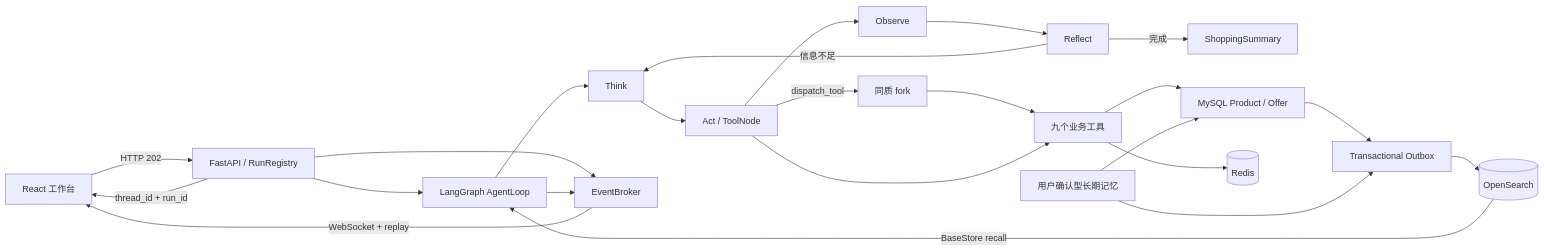
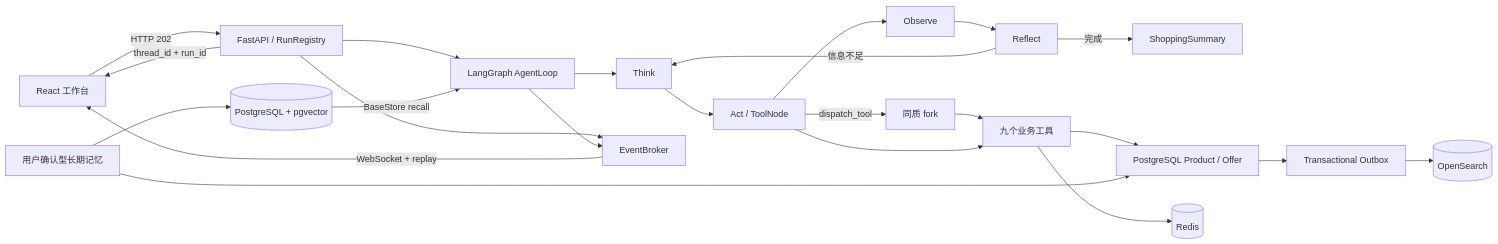
The diagram in README.md (yachtywen/Globuy), drawn with Mermaid before and after one commit. The commit also changed other lines of this file and 34 other files, not shown here.

````diff
--- a/README.md
+++ b/README.md
@@ -90,29 +90,29 @@
 ```mermaid
 flowchart LR
     U[React 工作台] -->|HTTP 202| API[FastAPI / RunRegistry]
     API -->|thread_id + run_id| U
     API --> LOOP[LangGraph AgentLoop]
     LOOP --> THINK[Think]
     THINK --> ACT[Act / ToolNode]
     ACT --> OBSERVE[Observe]
     OBSERVE --> REFLECT[Reflect]
     REFLECT -->|信息不足| THINK
     REFLECT -->|完成| RESULT[ShoppingSummary]
 
     ACT -->|dispatch_tool| FORK[同质 fork]
     FORK --> TOOLS[九个业务工具]
     ACT --> TOOLS
 
-    TOOLS --> CATALOG[MySQL Product / Offer]
+    TOOLS --> CATALOG[PostgreSQL Product / Offer]
     CATALOG --> OUTBOX[Transactional Outbox]
     OUTBOX --> OS[(OpenSearch)]
     TOOLS --> REDIS[(Redis)]
 
     API --> BROKER[EventBroker]
     LOOP --> BROKER
     BROKER -->|WebSocket + replay| U
 
     MEMORY[用户确认型长期记忆] --> CATALOG
-    MEMORY --> OUTBOX
-    OS -->|BaseStore recall| LOOP
+    MEMORY --> PGVECTOR[(PostgreSQL + pgvector)]
+    PGVECTOR -->|BaseStore recall| LOOP
 ```
````
